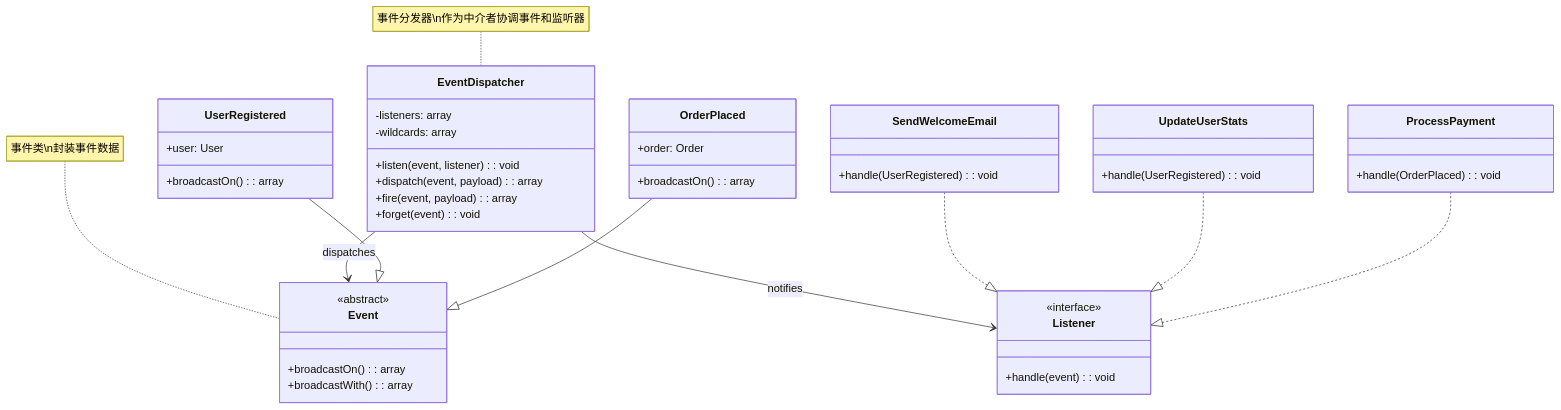
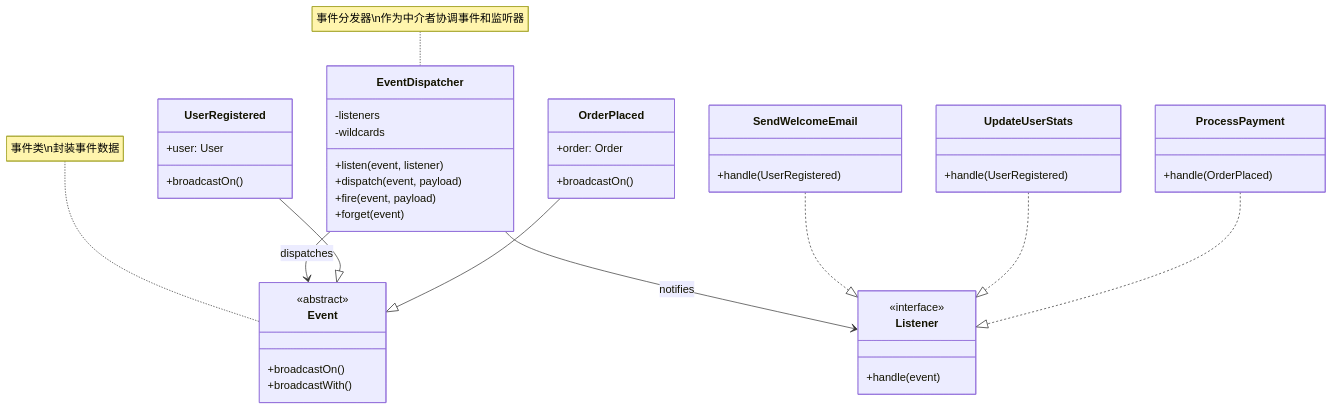
Before and after one commit to fanly/DesignPattern: the second of 6 diagrams in resources/design-patterns/laravel/behavioral/mediator_zh.md, drawn with Mermaid. The commit also changed other lines of this file and 103 other files, not shown here.

````diff
--- a/resources/design-patterns/laravel/behavioral/mediator_zh.md
+++ b/resources/design-patterns/laravel/behavioral/mediator_zh.md
@@ -52,55 +52,55 @@
 ```mermaid
 classDiagram
     class EventDispatcher {
-        -listeners: array
-        -wildcards: array
-        +listen(event, listener): void
-        +dispatch(event, payload): array
-        +fire(event, payload): array
-        +forget(event): void
+        -listeners
+        -wildcards
+        +listen(event, listener)
+        +dispatch(event, payload)
+        +fire(event, payload)
+        +forget(event)
     }
     
     class Event {
         <<abstract>>
-        +broadcastOn(): array
-        +broadcastWith(): array
+        +broadcastOn()
+        +broadcastWith()
     }
     
     class UserRegistered {
         +user: User
-        +broadcastOn(): array
+        +broadcastOn()
     }
     
     class OrderPlaced {
         +order: Order
-        +broadcastOn(): array
+        +broadcastOn()
     }
     
     class Listener {
         <<interface>>
-        +handle(event): void
+        +handle(event)
     }
     
     class SendWelcomeEmail {
-        +handle(UserRegistered): void
+        +handle(UserRegistered)
     }
     
     class UpdateUserStats {
-        +handle(UserRegistered): void
+        +handle(UserRegistered)
     }
     
     class ProcessPayment {
-        +handle(OrderPlaced): void
+        +handle(OrderPlaced)
     }
     
     EventDispatcher --> Event : dispatches
     EventDispatcher --> Listener : notifies
     UserRegistered --|> Event
     OrderPlaced --|> Event
     SendWelcomeEmail ..|> Listener
     UpdateUserStats ..|> Listener
     ProcessPayment ..|> Listener
     
     note for EventDispatcher "事件分发器\n作为中介者协调事件和监听器"
     note for Event "事件类\n封装事件数据"
 ```
````
